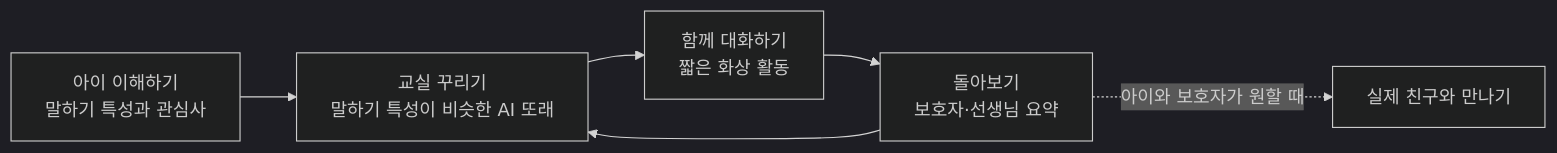
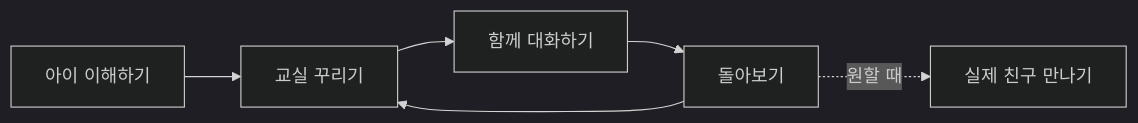
Before and after one commit to Nuung/seoro-class: the diagram in README.md, drawn with Mermaid (dark theme).

Commit message:
structural: README 흐름도 라벨 축약
GitHub 렌더링에서 라벨이 단어 중간에서 끊겨 짧게 줄인다.

````diff
--- a/README.md
+++ b/README.md
@@ -31,8 +31,8 @@
 ```mermaid
 flowchart LR
-    A["아이 이해하기<br/>말하기 특성과 관심사"] --> B["교실 꾸리기<br/>말하기 특성이 비슷한 AI 또래"]
-    B --> C["함께 대화하기<br/>짧은 화상 활동"]
-    C --> D["돌아보기<br/>보호자·선생님 요약"]
+    A["아이 이해하기"] --> B["교실 꾸리기"]
+    B --> C["함께 대화하기"]
+    C --> D["돌아보기"]
     D --> B
-    D -. "아이와 보호자가 원할 때" .-> E["실제 친구와 만나기"]
+    D -. "원할 때" .-> E["실제 친구 만나기"]
 ```
````
